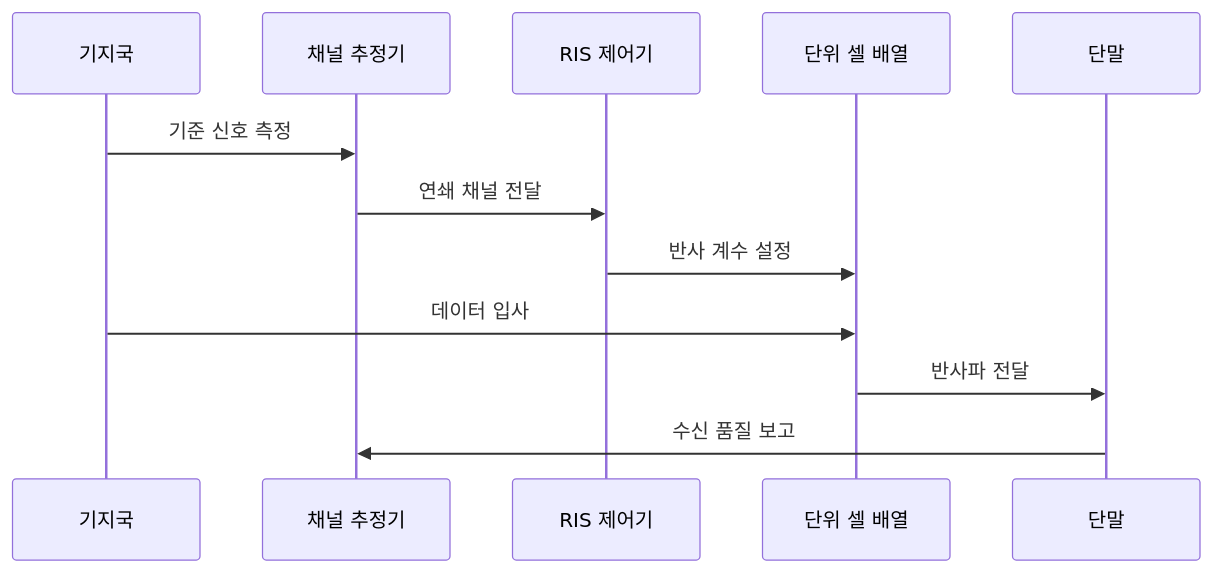
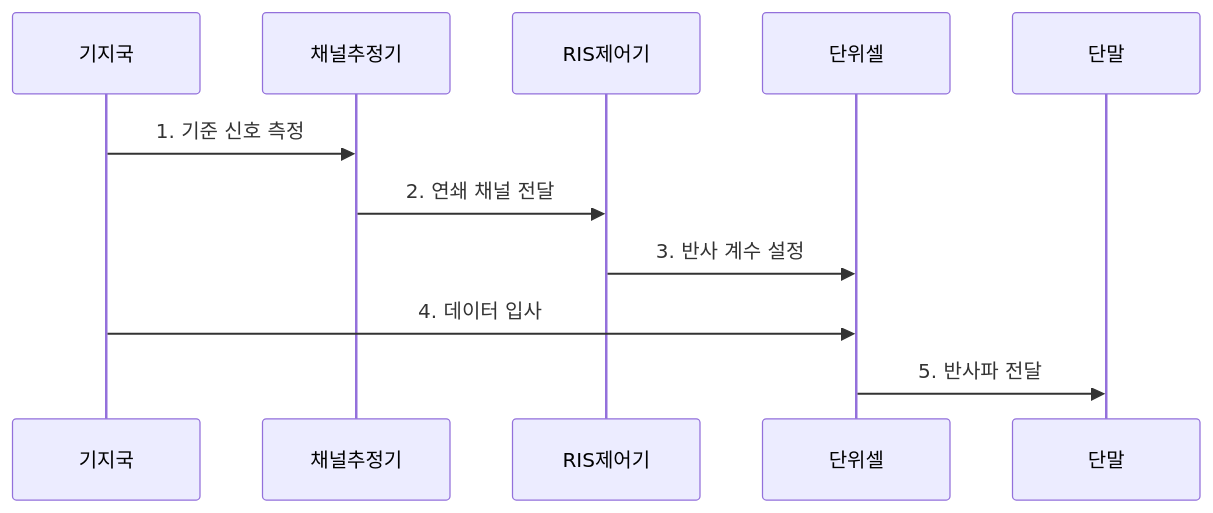
The second of 2 diagrams in src/content/docs/notes/04-network/043_reconfigurable_intelligent_surface.md (agnusdei1207/knowledge-base), drawn with Mermaid before and after one commit. The commit also changed other lines of this file and 20 other files, not shown here.

````diff
--- a/src/content/docs/notes/04-network/043_reconfigurable_intelligent_surface.md
+++ b/src/content/docs/notes/04-network/043_reconfigurable_intelligent_surface.md
@@ -86,14 +77,13 @@
 ```mermaid
 sequenceDiagram
-    participant B as 기지국
-    participant E as 채널 추정기
-    participant C as RIS 제어기
-    participant R as 단위 셀 배열
-    participant U as 단말
-    B->>E: 기준 신호 측정
-    E->>C: 연쇄 채널 전달
-    C->>R: 반사 계수 설정
-    B->>R: 데이터 입사
-    R->>U: 반사파 전달
-    U->>E: 수신 품질 보고
+    participant 기지국
+    participant 채널추정기
+    participant RIS제어기
+    participant 단위셀
+    participant 단말
+    기지국->>채널추정기: 1. 기준 신호 측정
+    채널추정기->>RIS제어기: 2. 연쇄 채널 전달
+    RIS제어기->>단위셀: 3. 반사 계수 설정
+    기지국->>단위셀: 4. 데이터 입사
+    단위셀->>단말: 5. 반사파 전달
 ```
````
